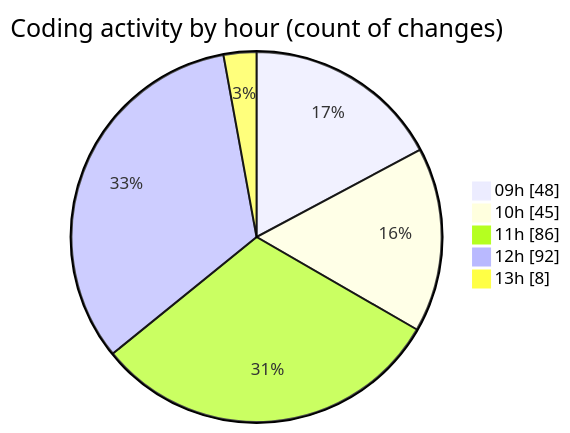
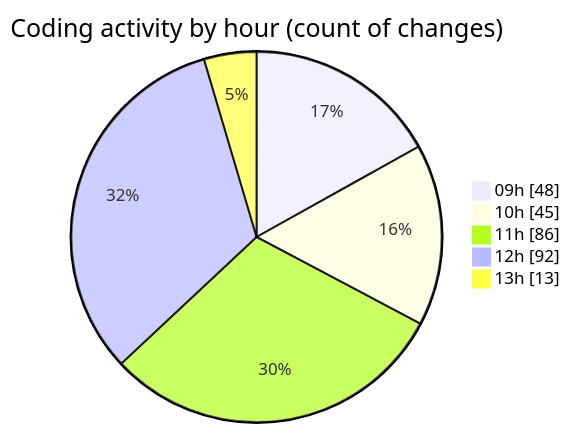
One commit to momahboobian/code-tracking changed the second of 2 diagrams in 2025-03-14/cda/README.md. Above: the diagram before and after it, drawn with Mermaid. The commit also changed other lines of this file and 1 other file, not shown here.

````diff
--- a/2025-03-14/cda/README.md
+++ b/2025-03-14/cda/README.md
@@ -45,9 +45,9 @@
 ```mermaid
 pie showData
 title Coding activity by hour (count of changes)
 "09h" : 48
 "10h" : 45
 "11h" : 86
 "12h" : 92
-"13h" : 8
+"13h" : 13
 ```
````
